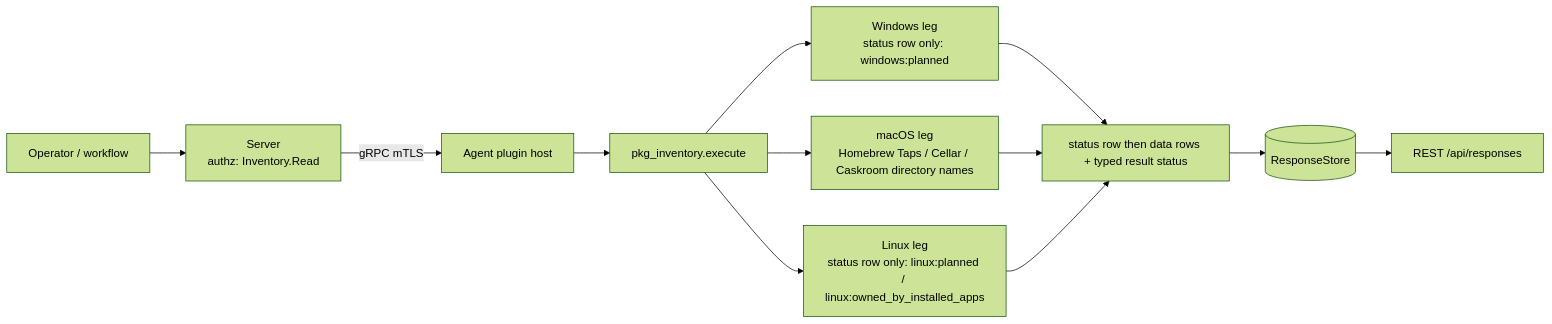
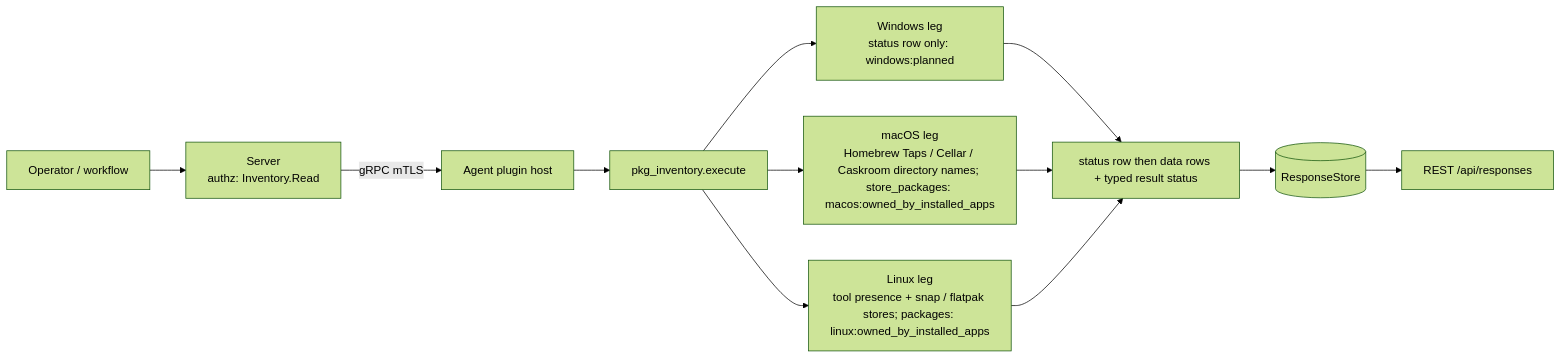
The diagram in agents/plugins/pkg_inventory/README.md (DevNullLtd/Yuzu), drawn with Mermaid (forest theme) before and after one commit. The commit also changed other lines of this file and 49 other files, not shown here.

Commit message:
feat(pkg_inventory): Linux store_packages (snap, flatpak) and managers legs, wired into the installed-software inventory

````diff
--- a/agents/plugins/pkg_inventory/README.md
+++ b/agents/plugins/pkg_inventory/README.md
@@ -19,9 +19,9 @@
 ```mermaid
 flowchart LR
   OP[Operator / workflow] --> SRV[Server<br/>authz: Inventory.Read]
   SRV -- gRPC mTLS --> HOST[Agent plugin host] --> EX[pkg_inventory.execute]
   EX --> WIN[Windows leg<br/>status row only: windows:planned]
-  EX --> MAC[macOS leg<br/>Homebrew Taps / Cellar / Caskroom directory names]
-  EX --> LIN[Linux leg<br/>status row only: linux:planned / linux:owned_by_installed_apps]
+  EX --> MAC[macOS leg<br/>Homebrew Taps / Cellar / Caskroom directory names; store_packages: macos:owned_by_installed_apps]
+  EX --> LIN[Linux leg<br/>tool presence + snap / flatpak stores; packages: linux:owned_by_installed_apps]
   WIN & MAC & LIN --> ROWS[status row then data rows + typed result status] --> RS[(ResponseStore)] --> API[REST /api/responses]
 ```
````
